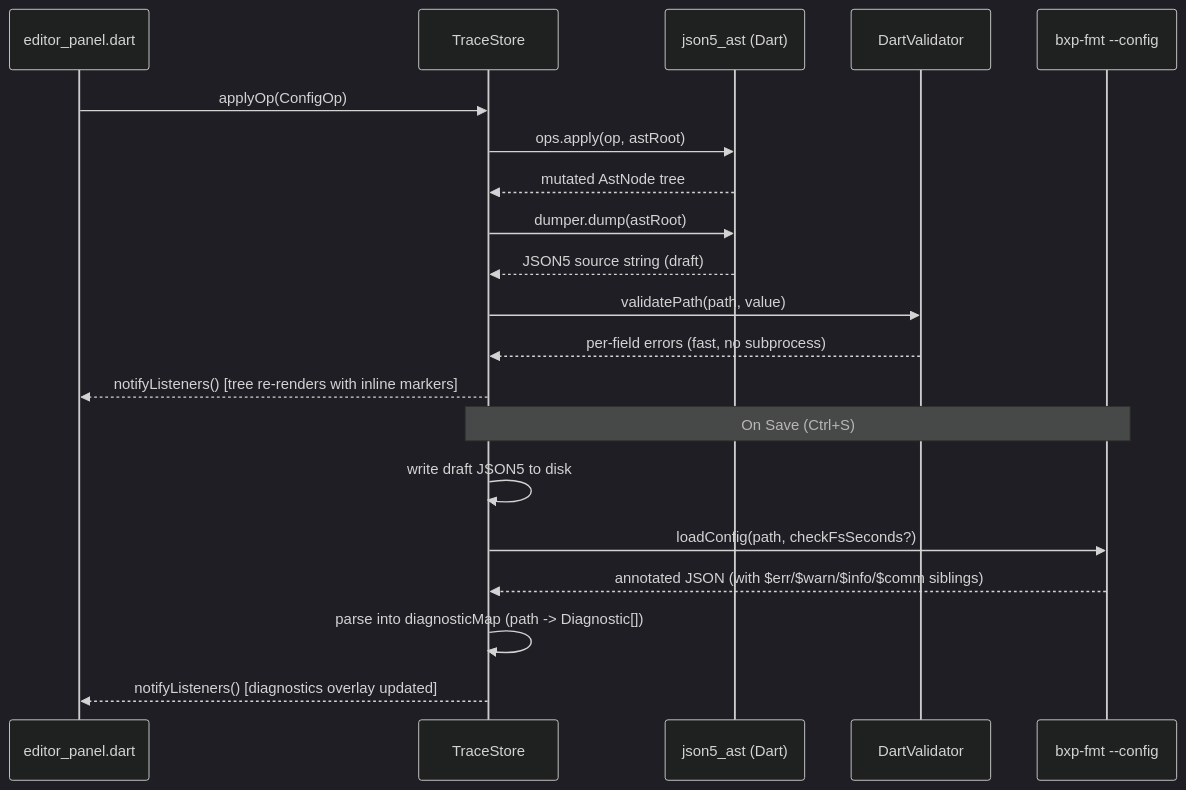
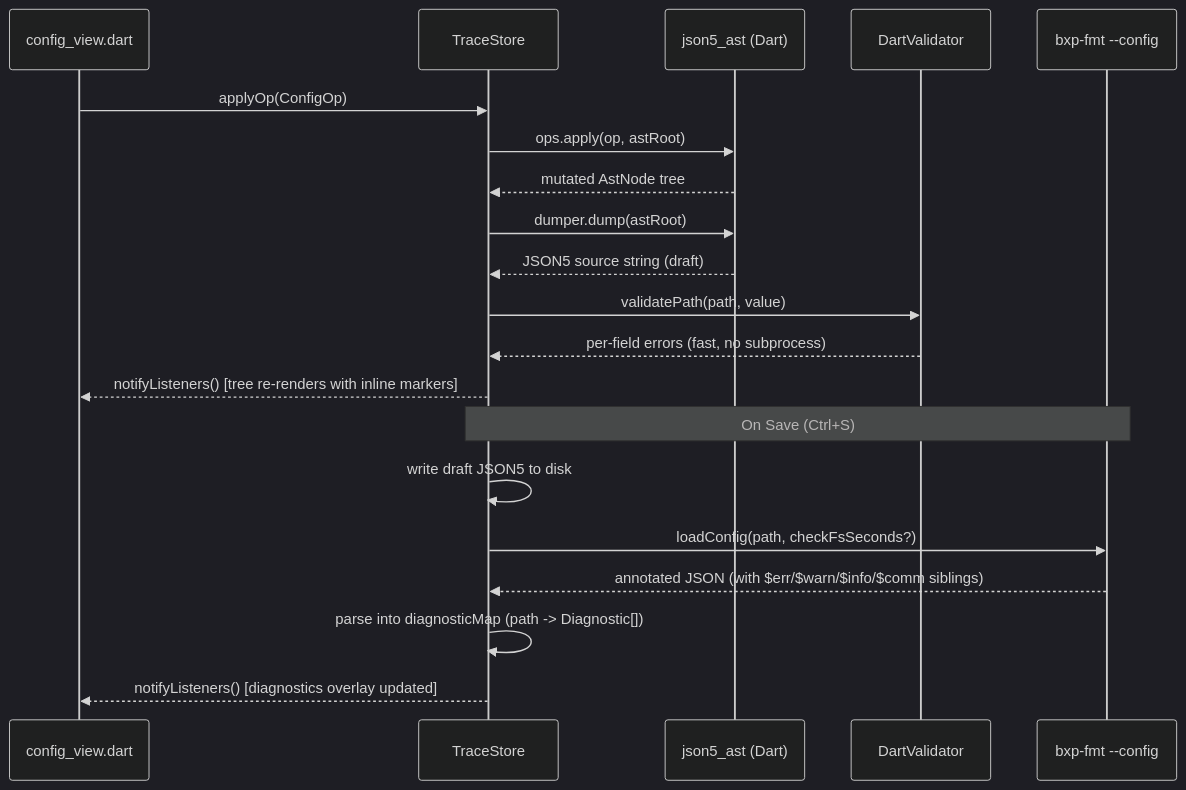
One commit to zaxified/bxp changed diagram 11 of 15 in docs/architecture.md. Above: the diagram before and after it, drawn with Mermaid (dark theme). The commit also changed other lines of this file and 6 other files, not shown here.

First line of the commit message:
docs: refresh prose + diagrams against current code reality

````diff
--- a/docs/architecture.md
+++ b/docs/architecture.md
@@ -646,24 +646,24 @@
 ```mermaid
 sequenceDiagram
-    participant UI as editor_panel.dart
+    participant UI as config_view.dart
     participant TS as TraceStore
     participant AST as json5_ast (Dart)
     participant DV as DartValidator
     participant FMT as bxp-fmt --config
 
     UI->>TS: applyOp(ConfigOp)
     TS->>AST: ops.apply(op, astRoot)
     AST-->>TS: mutated AstNode tree
     TS->>AST: dumper.dump(astRoot)
     AST-->>TS: JSON5 source string (draft)
     TS->>DV: validatePath(path, value)
     DV-->>TS: per-field errors (fast, no subprocess)
     TS-->>UI: notifyListeners() [tree re-renders with inline markers]
 
     Note over TS,FMT: On Save (Ctrl+S)
     TS->>TS: write draft JSON5 to disk
     TS->>FMT: loadConfig(path, checkFsSeconds?)
     FMT-->>TS: annotated JSON (with $err/$warn/$info/$comm siblings)
     TS->>TS: parse into diagnosticMap (path -> Diagnostic[])
     TS-->>UI: notifyListeners() [diagnostics overlay updated]
 ```
````
